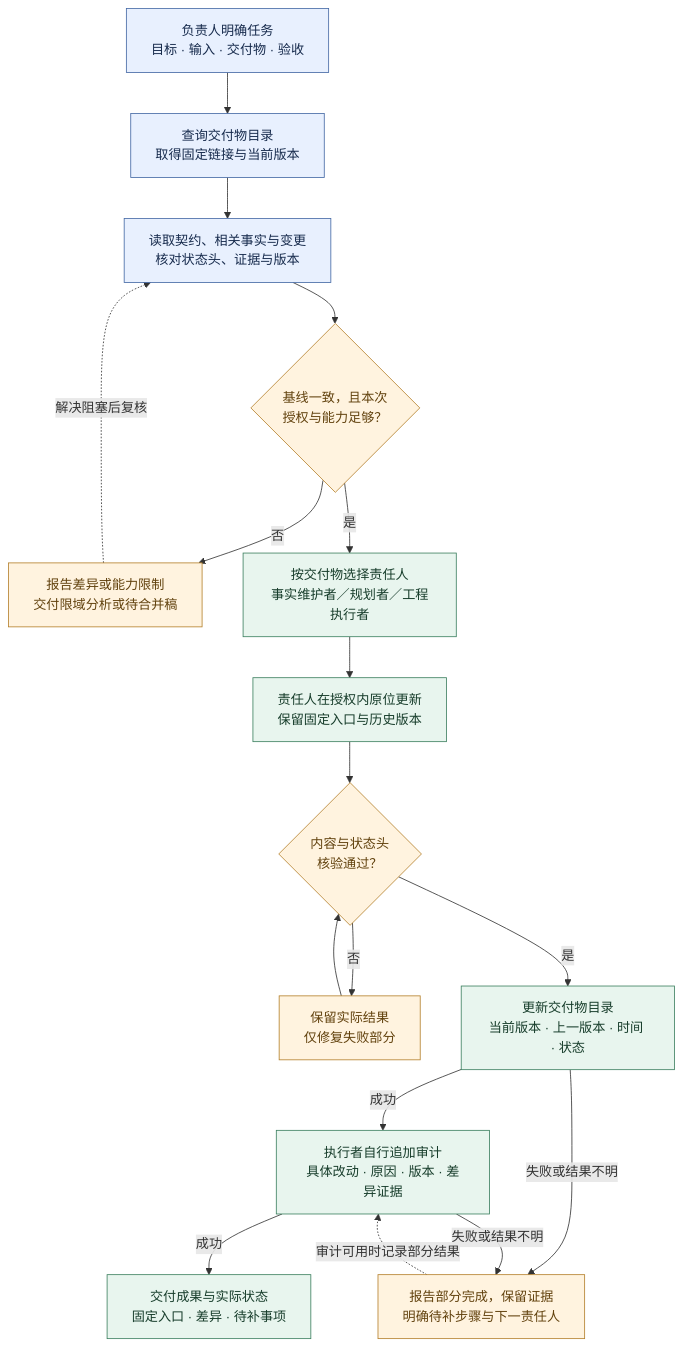
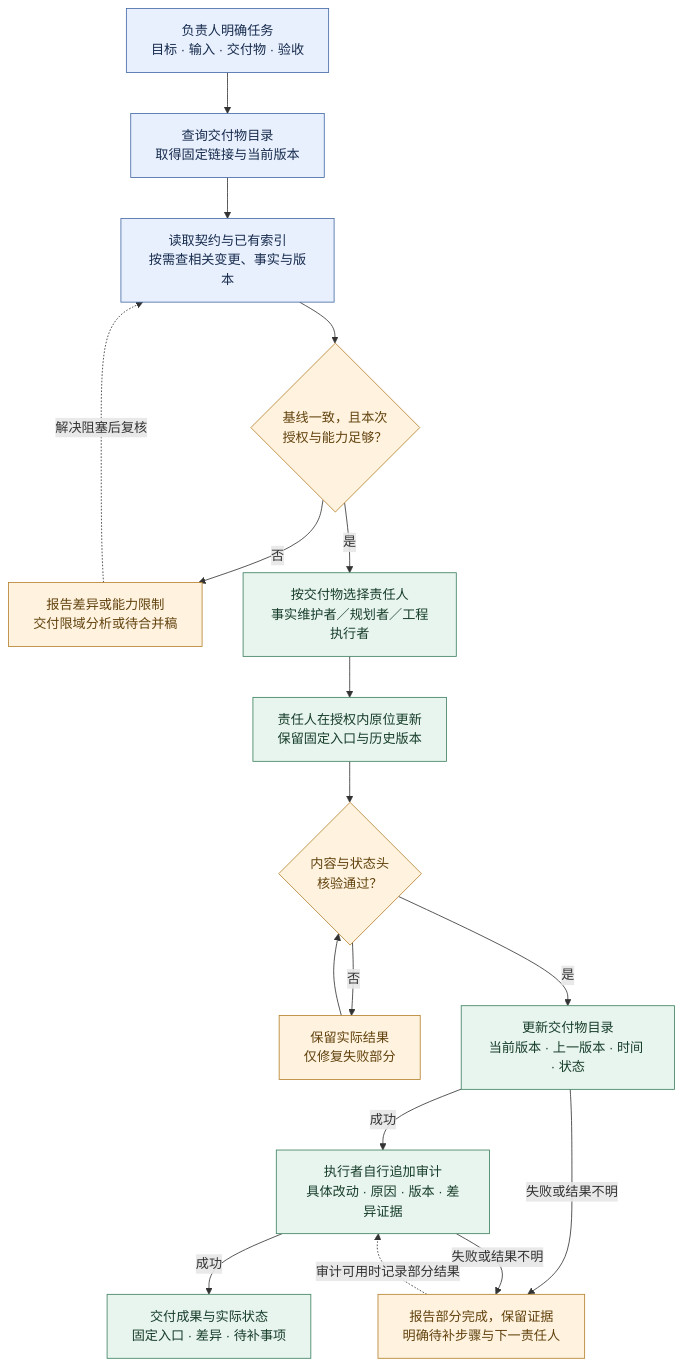
The second of 2 diagrams in README.md (moronfranklyn-lab/multi-ai-collaboration-skill), drawn with Mermaid before and after one commit. The commit also changed other lines of this file and 8 other files, not shown here.

````diff
--- a/README.md
+++ b/README.md
@@ -15,26 +48,26 @@
 ```mermaid
 flowchart TD
     A["负责人明确任务<br/>目标 · 输入 · 交付物 · 验收"] --> B["查询交付物目录<br/>取得固定链接与当前版本"]
-    B --> C["读取契约、相关事实与变更<br/>核对状态头、证据与版本"]
+    B --> C["读取契约与已有索引<br/>按需查相关变更、事实与版本"]
     C --> D{"基线一致，且本次<br/>授权与能力足够？"}
     D -->|否| X["报告差异或能力限制<br/>交付限域分析或待合并稿"]
     X -. 解决阻塞后复核 .-> C
     D -->|是| E["按交付物选择责任人<br/>事实维护者／规划者／工程执行者"]
     E --> F["责任人在授权内原位更新<br/>保留固定入口与历史版本"]
     F --> G{"内容与状态头<br/>核验通过？"}
     G -->|否| H["保留实际结果<br/>仅修复失败部分"]
     H --> G
     G -->|是| I["更新交付物目录<br/>当前版本 · 上一版本 · 时间 · 状态"]
     I -->|成功| J["执行者自行追加审计<br/>具体改动 · 原因 · 版本 · 差异证据"]
     J -->|成功| K["交付成果与实际状态<br/>固定入口 · 差异 · 待补事项"]
     I -->|失败或结果不明| P["报告部分完成，保留证据<br/>明确待补步骤与下一责任人"]
     J -->|失败或结果不明| P
     P -. 审计可用时记录部分结果 .-> J
 
     classDef context fill:#e8f0fe,stroke:#4569a5,color:#172b4d;
     classDef action fill:#e8f5ee,stroke:#3d8060,color:#173d2b;
     classDef exception fill:#fff3df,stroke:#b5812d,color:#62420e;
     class A,B,C context;
     class E,F,I,J,K action;
     class D,G,X,H,P exception;
 ```
````
